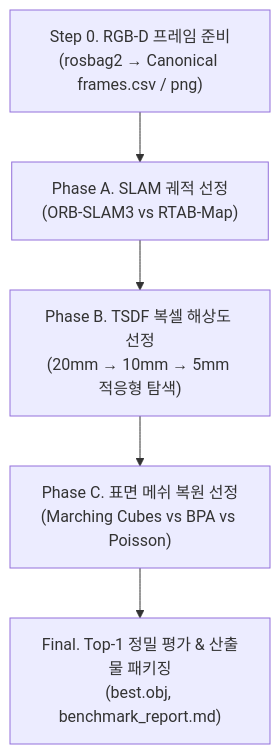
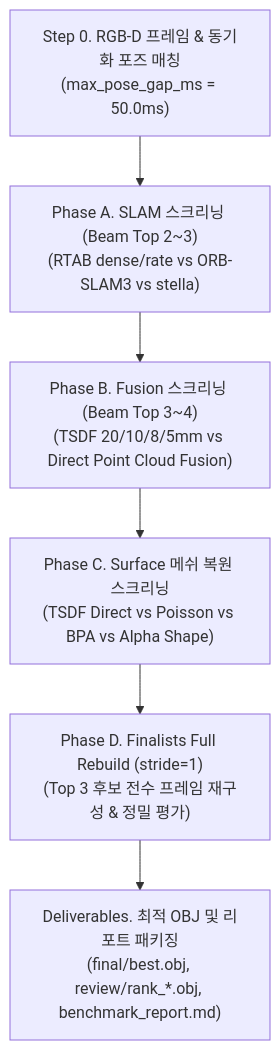
Before and after one commit to juhoimda/auto-mobility: the diagram in docs/compare.md, drawn with Mermaid. The commit also changed other lines of this file and 19 other files, not shown here.

````diff
--- a/docs/compare.md
+++ b/docs/compare.md
@@ -42,7 +42,8 @@
 ```mermaid
 flowchart TD
-    A["Step 0. RGB-D 프레임 준비<br/>(rosbag2 → Canonical frames.csv / png)"] --> B["Phase A. SLAM 궤적 선정<br/>(ORB-SLAM3 vs RTAB-Map)"]
-    B --> C["Phase B. TSDF 복셀 해상도 선정<br/>(20mm → 10mm → 5mm 적응형 탐색)"]
-    C --> D["Phase C. 표면 메쉬 복원 선정<br/>(Marching Cubes vs BPA vs Poisson)"]
-    D --> E["Final. Top-1 정밀 평가 & 산출물 패키징<br/>(best.obj, benchmark_report.md)"]
+    A["Step 0. RGB-D 프레임 & 동기화 포즈 매칭<br/>(max_pose_gap_ms = 50.0ms)"] --> B["Phase A. SLAM 스크리닝 (Beam Top 2~3)<br/>(RTAB dense/rate vs ORB-SLAM3 vs stella)"]
+    B --> C["Phase B. Fusion 스크리닝 (Beam Top 3~4)<br/>(TSDF 20/10/8/5mm vs Direct Point Cloud Fusion)"]
+    C --> D["Phase C. Surface 메쉬 복원 스크리닝<br/>(TSDF Direct vs Poisson vs BPA vs Alpha Shape)"]
+    D --> E["Phase D. Finalists Full Rebuild (stride=1)<br/>(Top 3 후보 전수 프레임 재구성 & 정밀 평가)"]
+    E --> F["Deliverables. 최적 OBJ 및 리포트 패키징<br/>(final/best.obj, review/rank_*.obj, benchmark_report.md)"]
 ```
````
